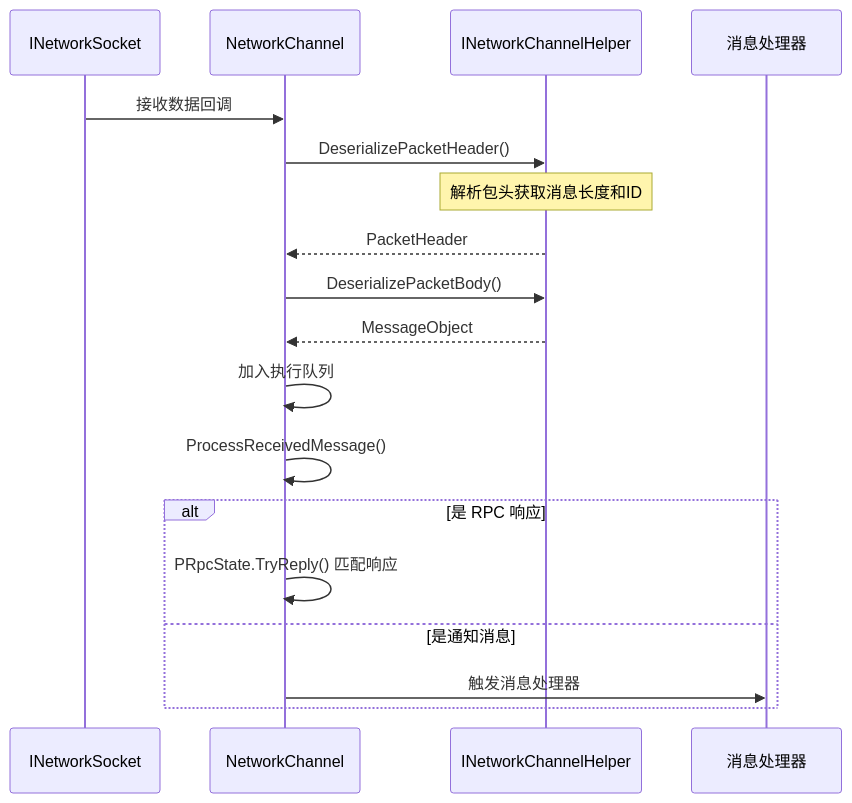
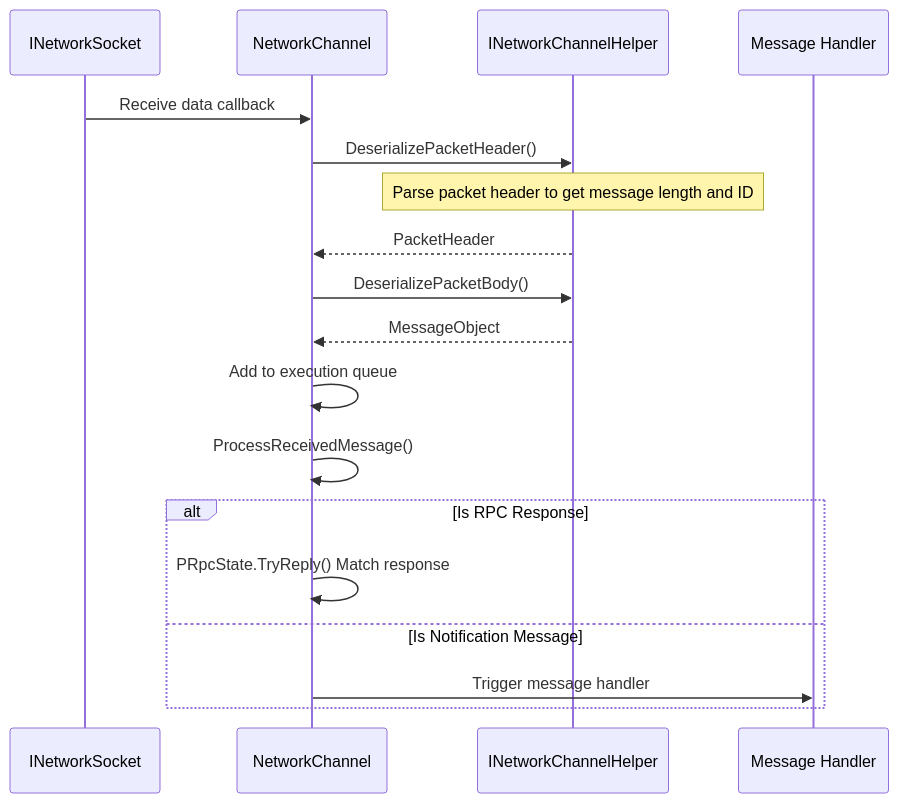
One commit to AlianBlank/GameFrameX.Docs changed the third of 4 diagrams in docs/en/client/unity/component/network/05.network-channel.md. Above: the diagram before and after it, drawn with Mermaid. The commit also changed other lines of this file and 242 other files, not shown here.

````diff
--- a/docs/en/client/unity/component/network/05.network-channel.md
+++ b/docs/en/client/unity/component/network/05.network-channel.md
@@ -130,21 +130,21 @@
 ```mermaid
 sequenceDiagram
     participant Socket as INetworkSocket
     participant Channel as NetworkChannel
     participant Helper as INetworkChannelHelper
-    participant Handler as 消息处理器
-    
-    Socket->>Channel: 接收数据回调
+    participant Handler as Message Handler
+
+    Socket->>Channel: Receive data callback
     Channel->>Helper: DeserializePacketHeader()
-    Note over Helper: 解析包头获取消息长度和ID
+    Note over Helper: Parse packet header to get message length and ID
     Helper-->>Channel: PacketHeader
     Channel->>Helper: DeserializePacketBody()
     Helper-->>Channel: MessageObject
-    Channel->>Channel: 加入执行队列
+    Channel->>Channel: Add to execution queue
     Channel->>Channel: ProcessReceivedMessage()
-    alt 是 RPC 响应
-        Channel->>Channel: PRpcState.TryReply() 匹配响应
-    else 是通知消息
-        Channel->>Handler: 触发消息处理器
+    alt Is RPC Response
+        Channel->>Channel: PRpcState.TryReply() Match response
+    else Is Notification Message
+        Channel->>Handler: Trigger message handler
     end
 ```
````
